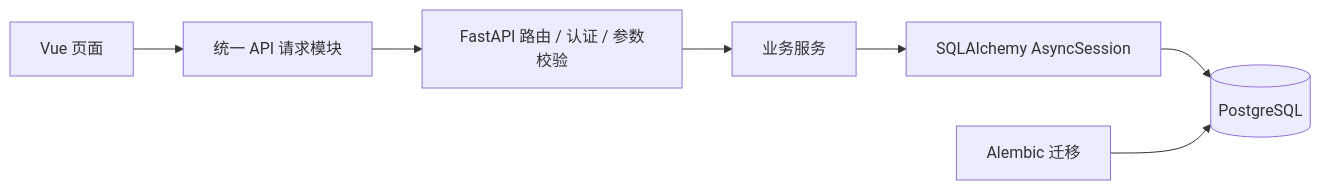
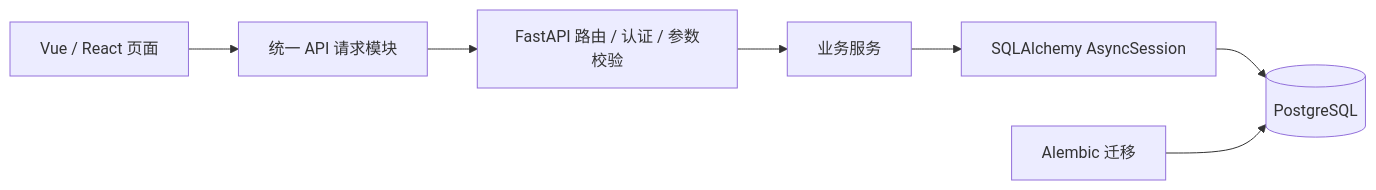
The diagram in README.md (8ight1een/-Tallywise), drawn with Mermaid before and after one commit. The commit also changed other lines of this file and 1 other file, not shown here.

Commit message:
docs: 更新项目说明中的 React 前端状态

````diff
--- a/README.md
+++ b/README.md
@@ -35,9 +36,9 @@
 ```mermaid
 flowchart LR
-    UI[Vue 页面] --> Client[统一 API 请求模块]
+    UI[Vue / React 页面] --> Client[统一 API 请求模块]
     Client --> Routes[FastAPI 路由 / 认证 / 参数校验]
     Routes --> Services[业务服务]
     Services --> ORM[SQLAlchemy AsyncSession]
     ORM --> PG[(PostgreSQL)]
     Migration[Alembic 迁移] --> PG
 ```
````
